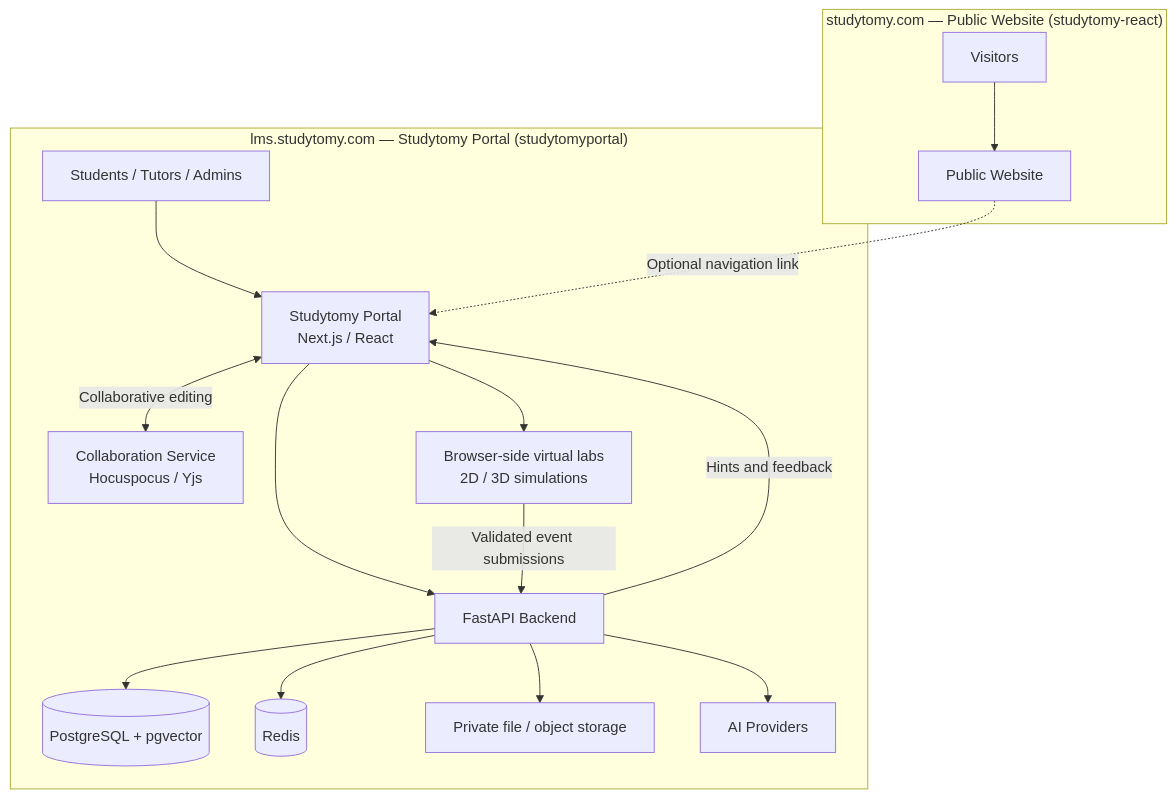
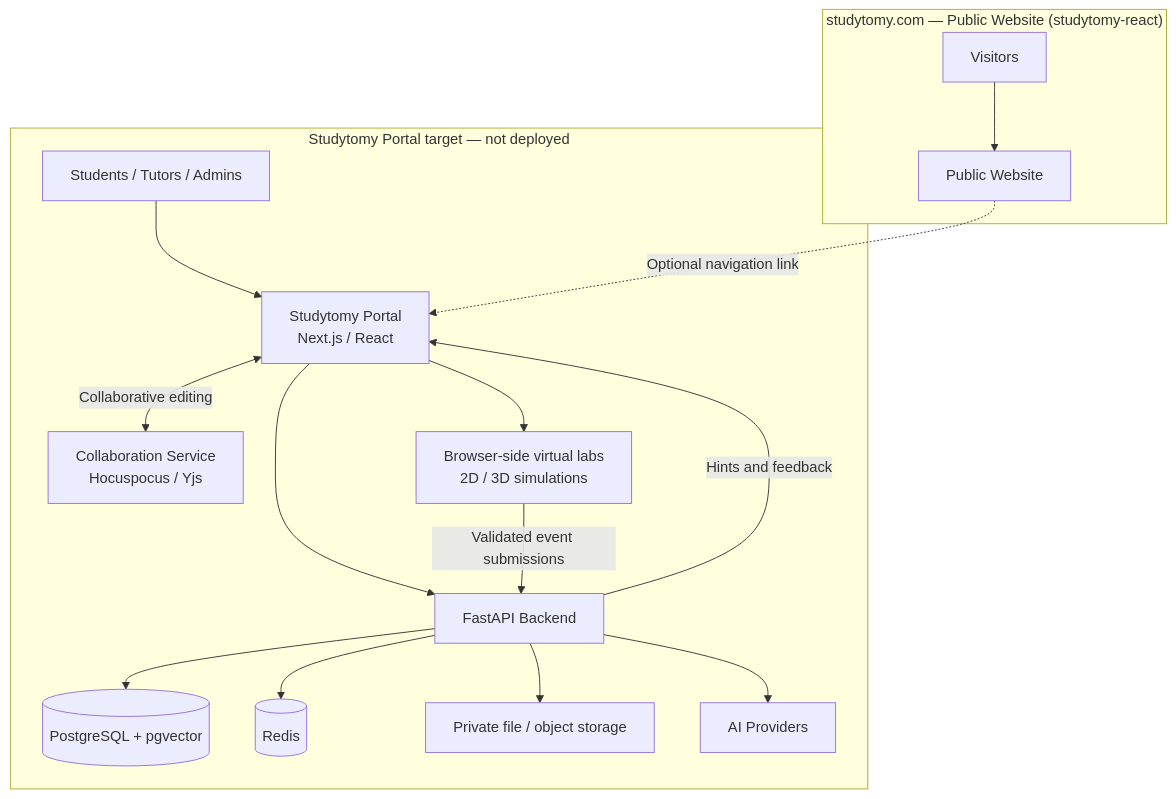
Before and after one commit to nirzaf/studytomyportal: the diagram in README.md, drawn with Mermaid. The commit also changed other lines of this file and 18 other files, not shown here.

````diff
--- a/README.md
+++ b/README.md
@@ -114,21 +116,21 @@
 ```mermaid
 flowchart TD
   subgraph PublicSite["studytomy.com — Public Website (studytomy-react)"]
     Visitor[Visitors] --> Marketing[Public Website]
   end
 
-  subgraph LMS["lms.studytomy.com — Studytomy Portal (studytomyportal)"]
+  subgraph LMS["Studytomy Portal target — not deployed"]
     Learner[Students / Tutors / Admins] --> Web[Studytomy Portal\nNext.js / React]
     Web --> API[FastAPI Backend]
     Web <-->|Collaborative editing| Collab[Collaboration Service\nHocuspocus / Yjs]
     API --> PG[(PostgreSQL + pgvector)]
     API --> Redis[(Redis)]
     API --> Files[Private file / object storage]
     API --> AI[AI Providers]
     Web --> Lab[Browser-side virtual labs\n2D / 3D simulations]
     Lab -->|Validated event submissions| API
     API -->|Hints and feedback| Web
   end
 
   Marketing -. Optional navigation link .-> Web
 ```
````
